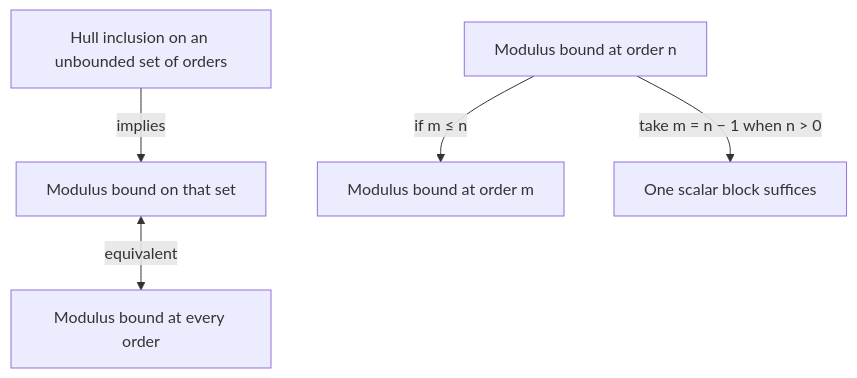
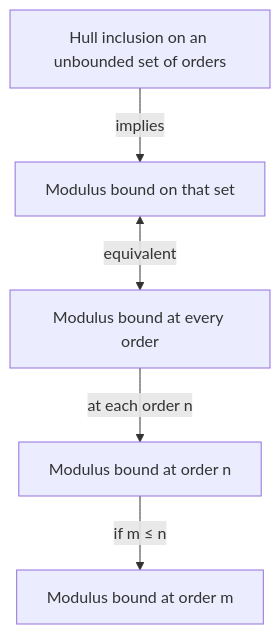
The diagram in Docs/modulus-order-transfer-proof-map.md (ascendnoosphere/MOC), drawn with Mermaid before and after one commit. The commit also changed other lines of this file and 3 other files, not shown here.

````diff
--- a/Docs/modulus-order-transfer-proof-map.md
+++ b/Docs/modulus-order-transfer-proof-map.md
@@ -54,7 +54,7 @@
 ```mermaid
 flowchart TD
     Hull["Hull inclusion on an unbounded set of orders"] -->|implies| Sub["Modulus bound on that set"]
     Sub <-->|equivalent| All["Modulus bound at every order"]
-    Larger["Modulus bound at order n"] -->|"if m ≤ n"| Smaller["Modulus bound at order m"]
-    Larger -->|"take m = n − 1 when n > 0"| Step["One scalar block suffices"]
+    All -->|"at each order n"| Larger["Modulus bound at order n"]
+    Larger -->|"if m ≤ n"| Smaller["Modulus bound at order m"]
 ```
````
